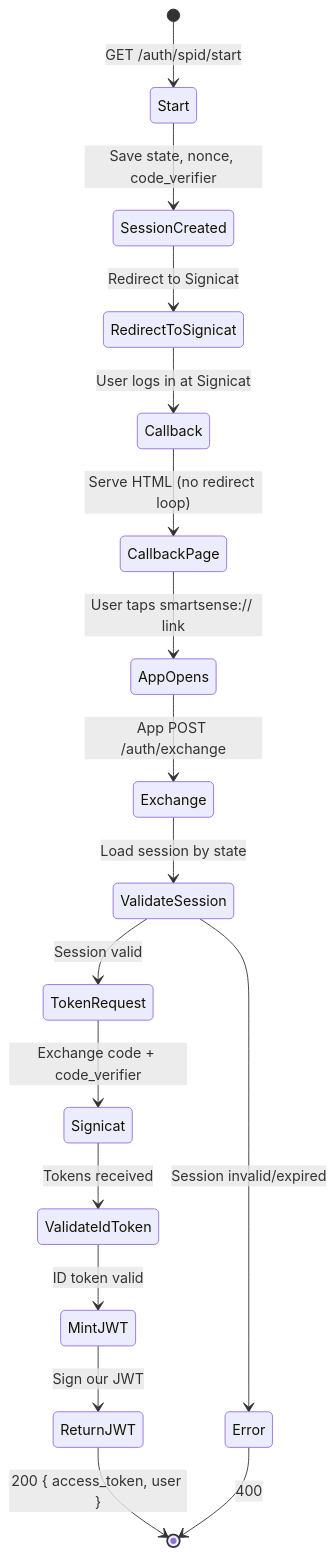
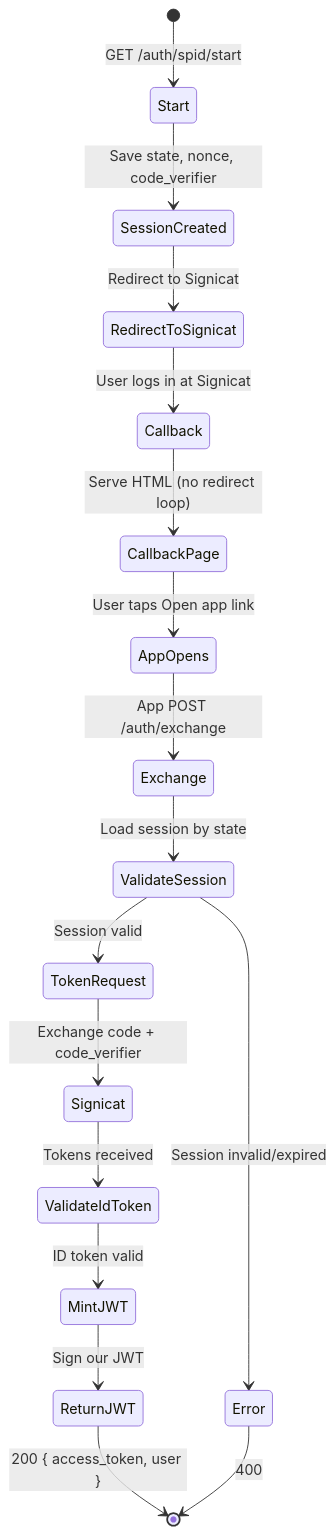
One commit to ss-vijayvavdiya/ionic-spid-poc-crs changed the fifth of 8 diagrams in DOCUMENTATION.md. Above: the diagram before and after it, drawn with Mermaid. The commit also changed other lines of this file, not shown here.

Commit message:
mermaid diagram updated

````diff
--- a/DOCUMENTATION.md
+++ b/DOCUMENTATION.md
@@ -231,19 +228,19 @@
 ```mermaid
 stateDiagram-v2
     [*] --> Start: GET /auth/spid/start
     Start --> SessionCreated: Save state, nonce, code_verifier
     SessionCreated --> RedirectToSignicat: Redirect to Signicat
     RedirectToSignicat --> Callback: User logs in at Signicat
     Callback --> CallbackPage: Serve HTML (no redirect loop)
-    CallbackPage --> AppOpens: User taps smartsense:// link
+    CallbackPage --> AppOpens: User taps Open app link
     AppOpens --> Exchange: App POST /auth/exchange
     Exchange --> ValidateSession: Load session by state
     ValidateSession --> TokenRequest: Session valid
     ValidateSession --> Error: Session invalid/expired
     TokenRequest --> Signicat: Exchange code + code_verifier
     Signicat --> ValidateIdToken: Tokens received
     ValidateIdToken --> MintJWT: ID token valid
     MintJWT --> ReturnJWT: Sign our JWT
     ReturnJWT --> [*]: 200 { access_token, user }
     Error --> [*]: 400
 ```
````
